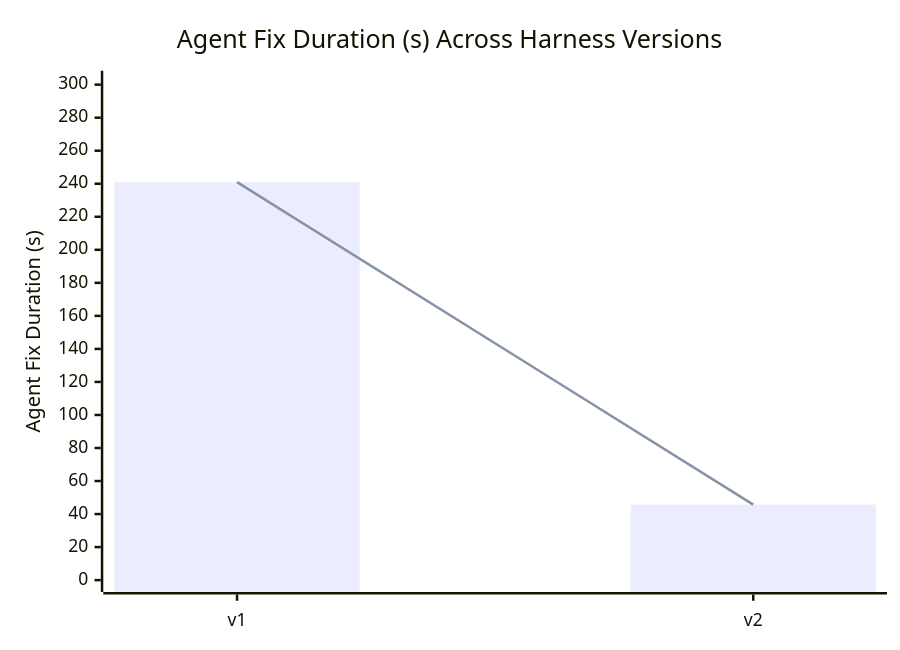
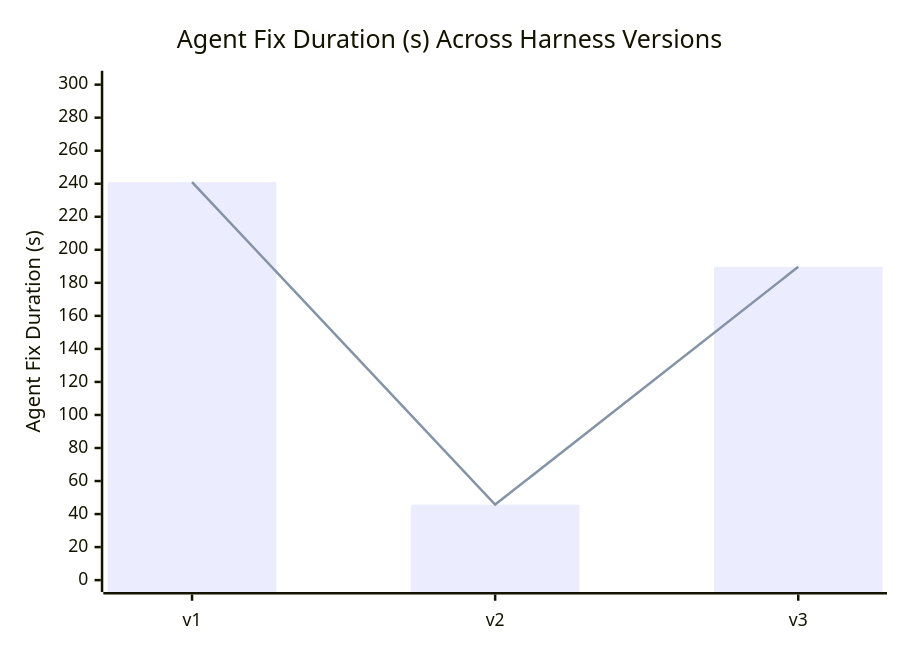
Before and after one commit to denizin42/cs440-lab6-thealgorithms-contrib: the diagram in PERFORMANCE_REPORT.md, drawn with Mermaid. The commit also changed other lines of this file and 7 other files, not shown here.

````diff
--- a/PERFORMANCE_REPORT.md
+++ b/PERFORMANCE_REPORT.md
@@ -20,8 +21,8 @@
 ```mermaid
 xychart-beta
     title "Agent Fix Duration (s) Across Harness Versions"
-    x-axis ["v1", "v2"]
+    x-axis ["v1", "v2", "v3"]
     y-axis "Agent Fix Duration (s)" 0 --> 301.22
-    bar [240.975, 45.724]
-    line [240.975, 45.724]
+    bar [240.975, 45.724, 189.699]
+    line [240.975, 45.724, 189.699]
 ```
````
